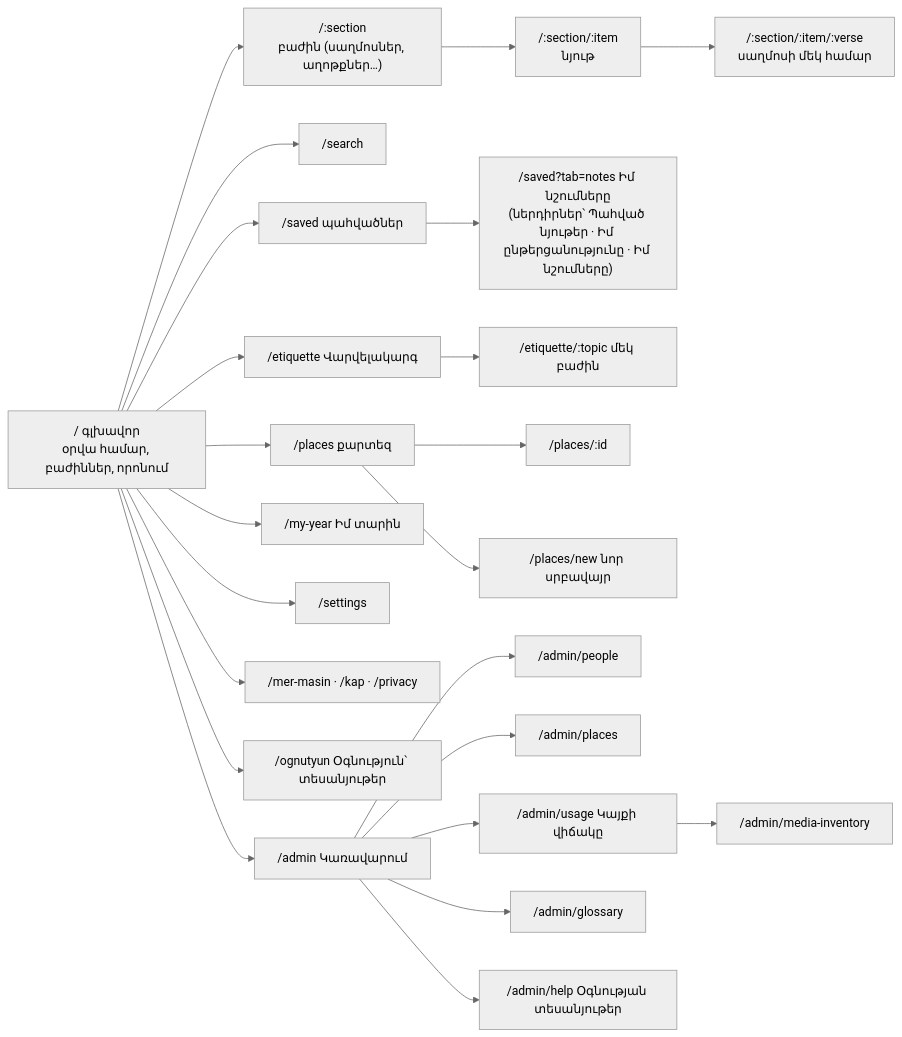
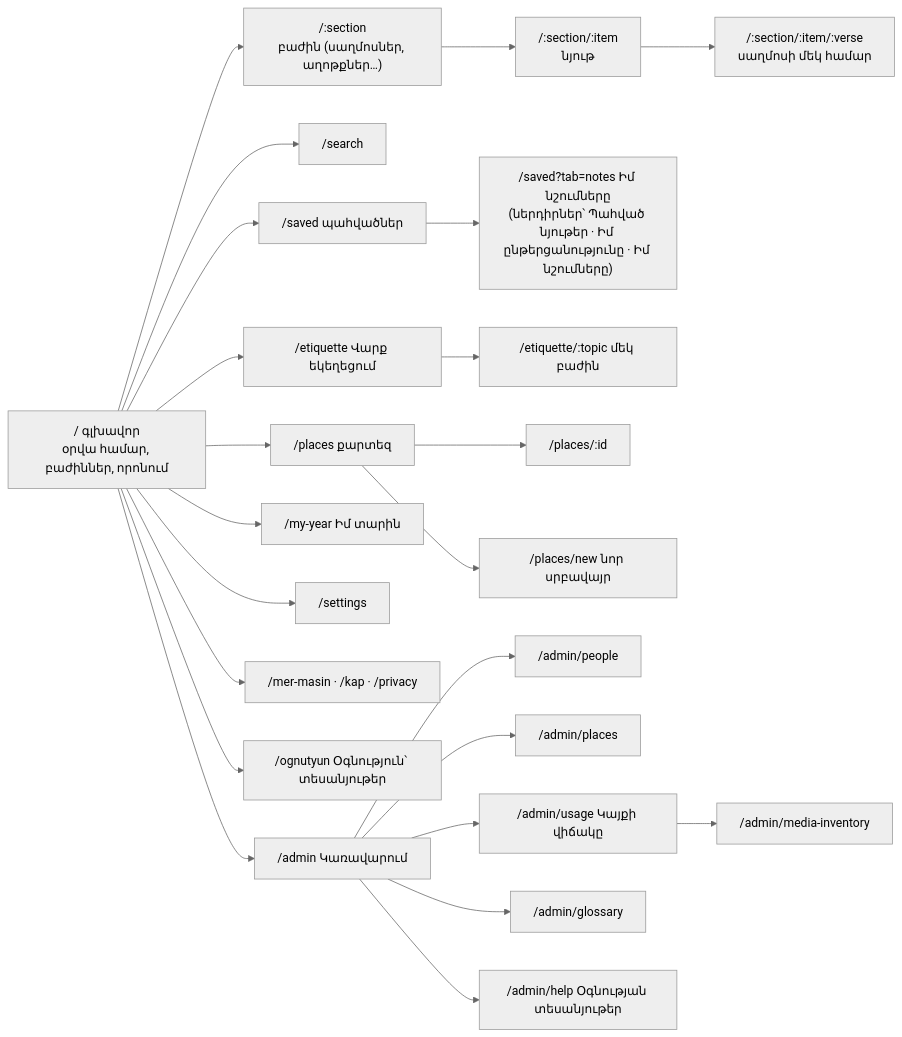
One commit to T0n0yan/armenian-apostolic-digital-library changed the fifth of 26 diagrams in docs/ARCHITECTURE.md. Above: the diagram before and after it, drawn with Mermaid (neutral theme). The commit also changed 1 other file, not shown here.

Commit message:
Ճարտարապետություն. բաժնի նոր անունը սխեմայում
Claude-Session: https://claude.ai/code/session_01WJk2XLxikjAieUqSjfDNaw

````diff
--- a/docs/ARCHITECTURE.md
+++ b/docs/ARCHITECTURE.md
@@ -311,26 +311,26 @@
 ```mermaid
 flowchart LR
   HOME["/ գլխավոր<br/>օրվա համար, բաժիններ, որոնում"]
   HOME --> SEC["/:section<br/>բաժին (սաղմոսներ, աղոթքներ…)"]
   SEC --> MAT["/:section/:item<br/>նյութ"]
   MAT --> VERSE["/:section/:item/:verse<br/>սաղմոսի մեկ համար"]
   HOME --> SEARCH["/search"]
   HOME --> SAVED["/saved պահվածներ"]
   SAVED --> NOTES["/saved?tab=notes Իմ նշումները<br/>(ներդիրներ՝ Պահված նյութեր · Իմ ընթերցանությունը · Իմ նշումները)"]
   HOME --> PLACES["/places քարտեզ"]
-  HOME --> ETQ["/etiquette Վարվելակարգ"]
+  HOME --> ETQ["/etiquette Վարք եկեղեցում"]
   ETQ --> ETQT["/etiquette/:topic մեկ բաժին"]
   PLACES --> PLACE["/places/:id"]
   PLACES --> PNEW["/places/new նոր սրբավայր"]
   HOME --> MY["/my-year Իմ տարին"]
   HOME --> SET["/settings"]
   HOME --> INFO["/mer-masin · /kap · /privacy"]
   HOME --> HELP["/ognutyun Օգնություն՝ տեսանյութեր"]
   HOME --> ADM["/admin Կառավարում"]
   ADM --> A1["/admin/people"]
   ADM --> A2["/admin/places"]
   ADM --> A3["/admin/usage Կայքի վիճակը"]
   ADM --> A4["/admin/glossary"]
   ADM --> A6["/admin/help Օգնության տեսանյութեր"]
   A3 --> A5["/admin/media-inventory"]
 ```
````
